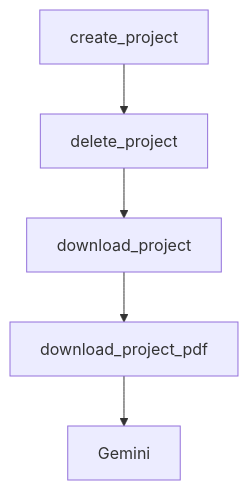
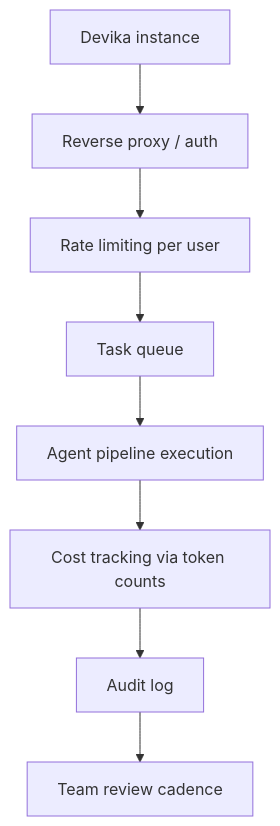
Before and after one commit to johnxie/awesome-code-docs: the diagram in tutorials/devika-tutorial/08-production-operations-and-governance.md, drawn with Mermaid. The commit also changed other lines of this file and 1232 other files, not shown here.

````diff
--- a/tutorials/devika-tutorial/08-production-operations-and-governance.md
+++ b/tutorials/devika-tutorial/08-production-operations-and-governance.md
@@ -178,12 +44,10 @@
 ```mermaid
 flowchart TD
-    A[create_project]
-    B[delete_project]
-    C[download_project]
-    D[download_project_pdf]
-    E[Gemini]
-    A --> B
-    B --> C
-    C --> D
-    D --> E
+    A[Devika instance] --> B[Reverse proxy / auth]
+    B --> C[Rate limiting per user]
+    C --> D[Task queue]
+    D --> E[Agent pipeline execution]
+    E --> F[Cost tracking via token counts]
+    F --> G[Audit log]
+    G --> H[Team review cadence]
 ```
````
